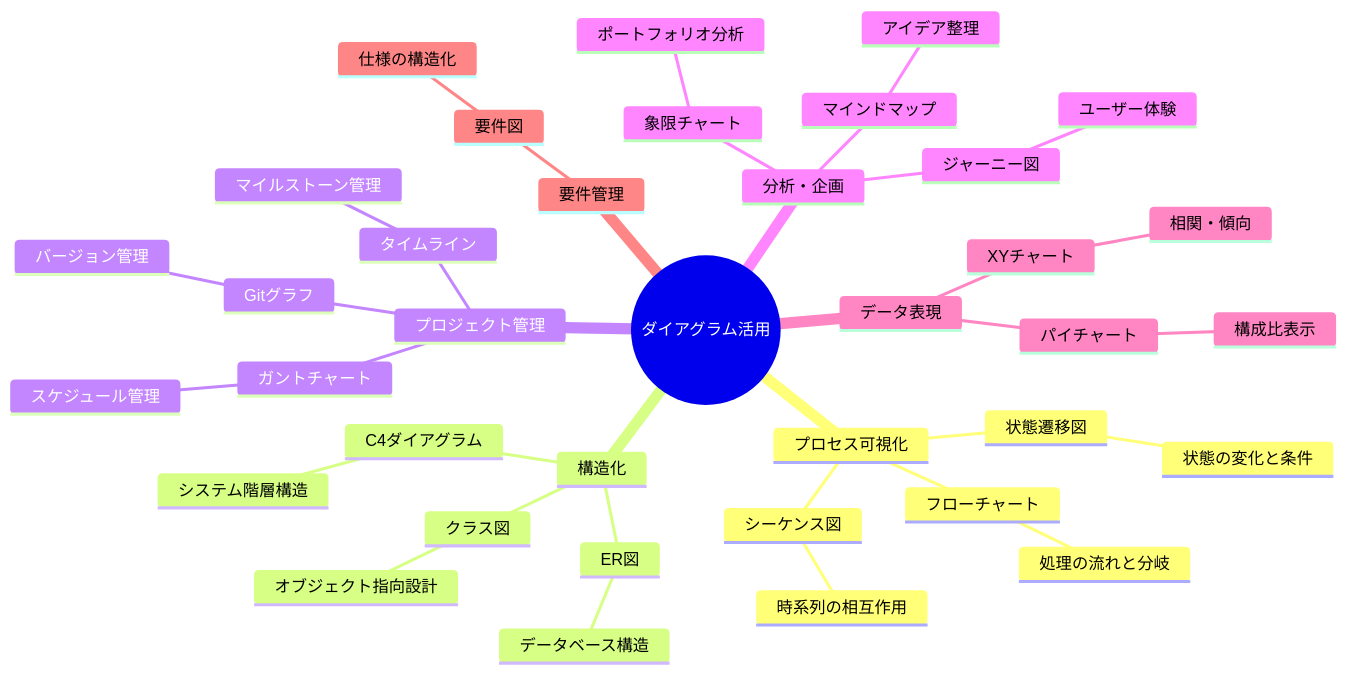
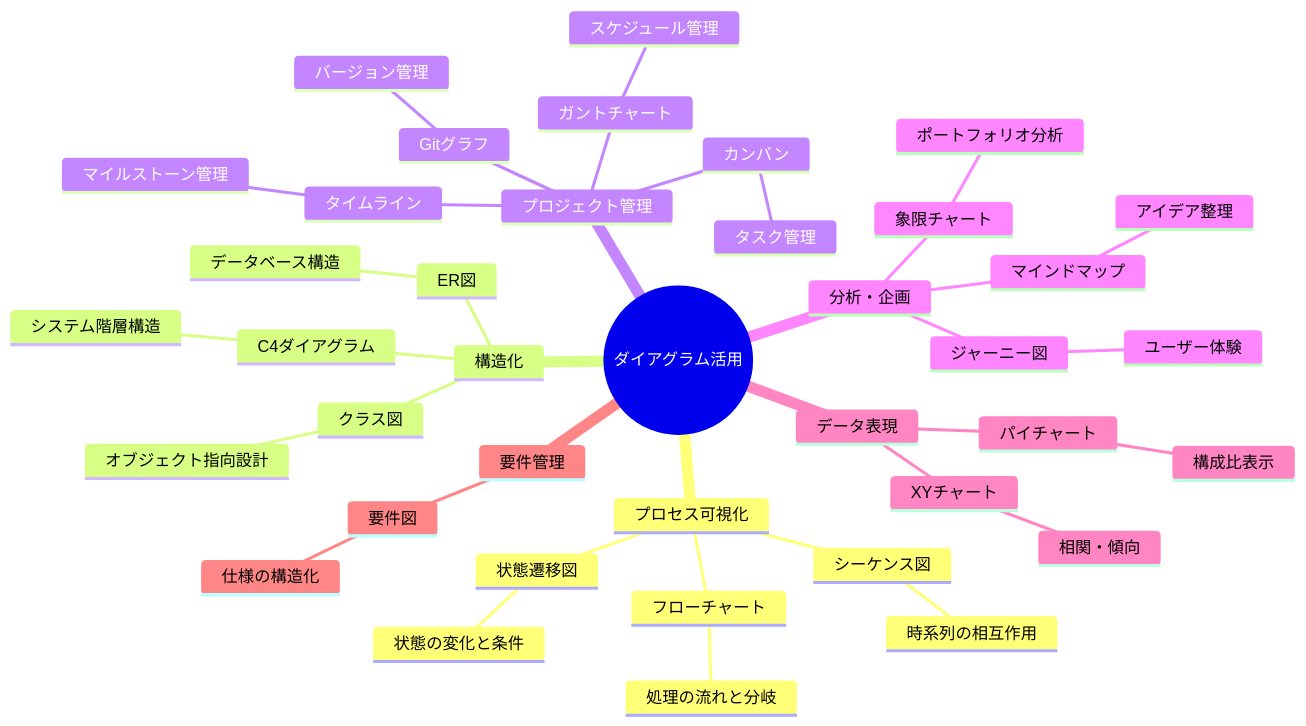
One commit to koach-noir/mermaid-learning-lab changed the second of 18 diagrams in LEARNING NOTES.md. Above: the diagram before and after it, drawn with Mermaid. The commit also changed other lines of this file, not shown here.

````diff
--- a/LEARNING NOTES.md
+++ b/LEARNING NOTES.md
@@ -125,40 +126,42 @@
 ```mermaid
 mindmap
     root((ダイアグラム活用))
         プロセス可視化
             フローチャート
                 処理の流れと分岐
             シーケンス図
                 時系列の相互作用
             状態遷移図
                 状態の変化と条件
         構造化
             クラス図
                 オブジェクト指向設計
             ER図
                 データベース構造
             C4ダイアグラム
                 システム階層構造
         プロジェクト管理
+            カンバン
+                タスク管理
             ガントチャート
                 スケジュール管理
             タイムライン
                 マイルストーン管理
             Gitグラフ
                 バージョン管理
         分析・企画
             ジャーニー図
                 ユーザー体験
             象限チャート
                 ポートフォリオ分析
             マインドマップ
                 アイデア整理
         データ表現
             パイチャート
                 構成比表示
             XYチャート
                 相関・傾向
         要件管理
             要件図
                 仕様の構造化
 ```
````
